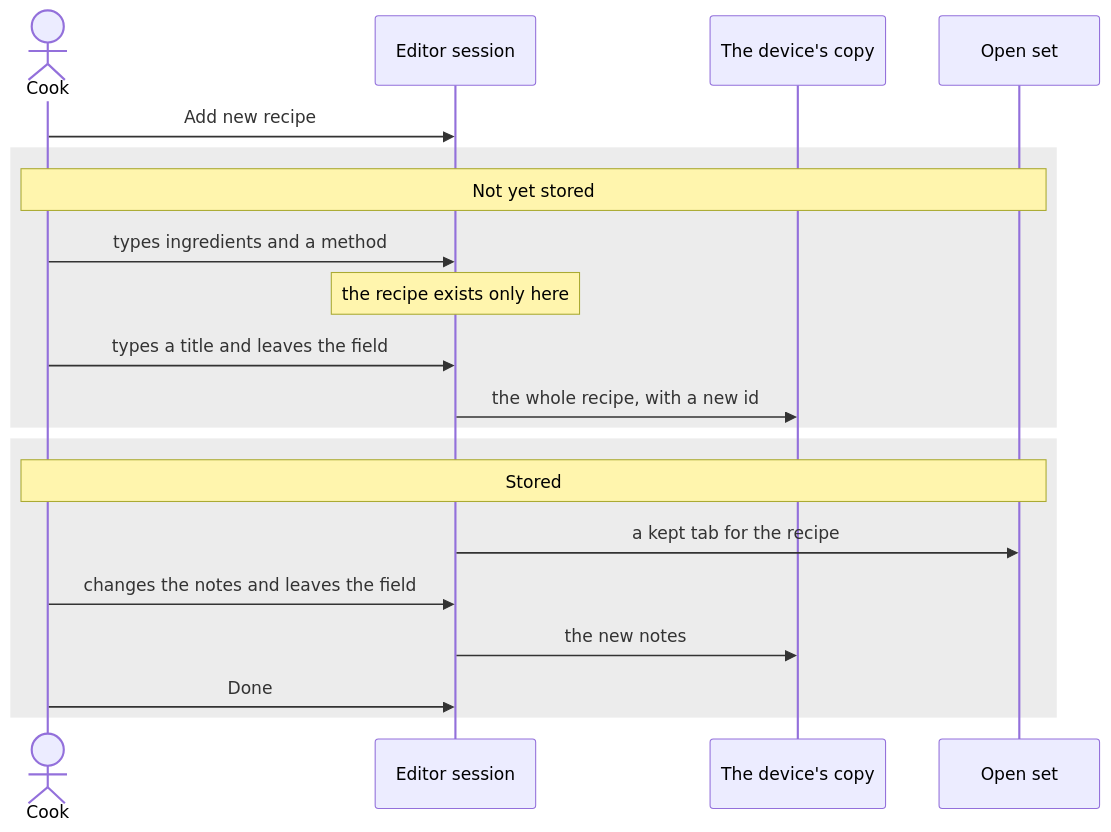
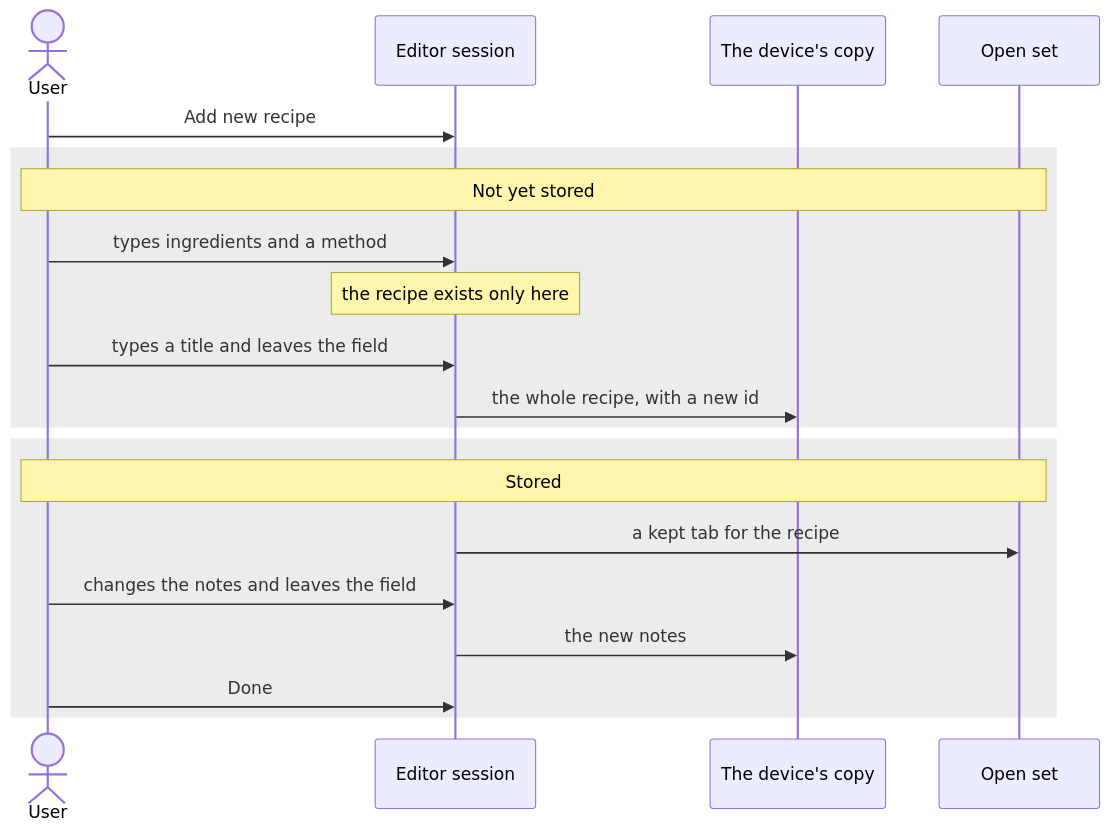
The first of 2 diagrams in docs/architecture/editing.md (sebbogle/rosa), drawn with Mermaid before and after one commit. The commit also changed other lines of this file and 36 other files, not shown here.

Commit message:
Call the person using Rosa a user, not a cook

````diff
--- a/docs/architecture/editing.md
+++ b/docs/architecture/editing.md
@@ -15,25 +15,25 @@
 ```mermaid
 sequenceDiagram
-    actor Cook
+    actor User
     participant Session as Editor session
     participant Copy as The device's copy
     participant Open as Open set
 
-    Cook->>Session: Add new recipe
+    User->>Session: Add new recipe
 
     rect rgba(128, 128, 128, 0.15)
-        Note over Cook,Open: Not yet stored
-        Cook->>Session: types ingredients and a method
+        Note over User,Open: Not yet stored
+        User->>Session: types ingredients and a method
         Note over Session: the recipe exists only here
-        Cook->>Session: types a title and leaves the field
+        User->>Session: types a title and leaves the field
         Session->>Copy: the whole recipe, with a new id
     end
 
     rect rgba(128, 128, 128, 0.15)
-        Note over Cook,Open: Stored
+        Note over User,Open: Stored
         Session->>Open: a kept tab for the recipe
-        Cook->>Session: changes the notes and leaves the field
+        User->>Session: changes the notes and leaves the field
         Session->>Copy: the new notes
-        Cook->>Session: Done
+        User->>Session: Done
     end
 ```
````
